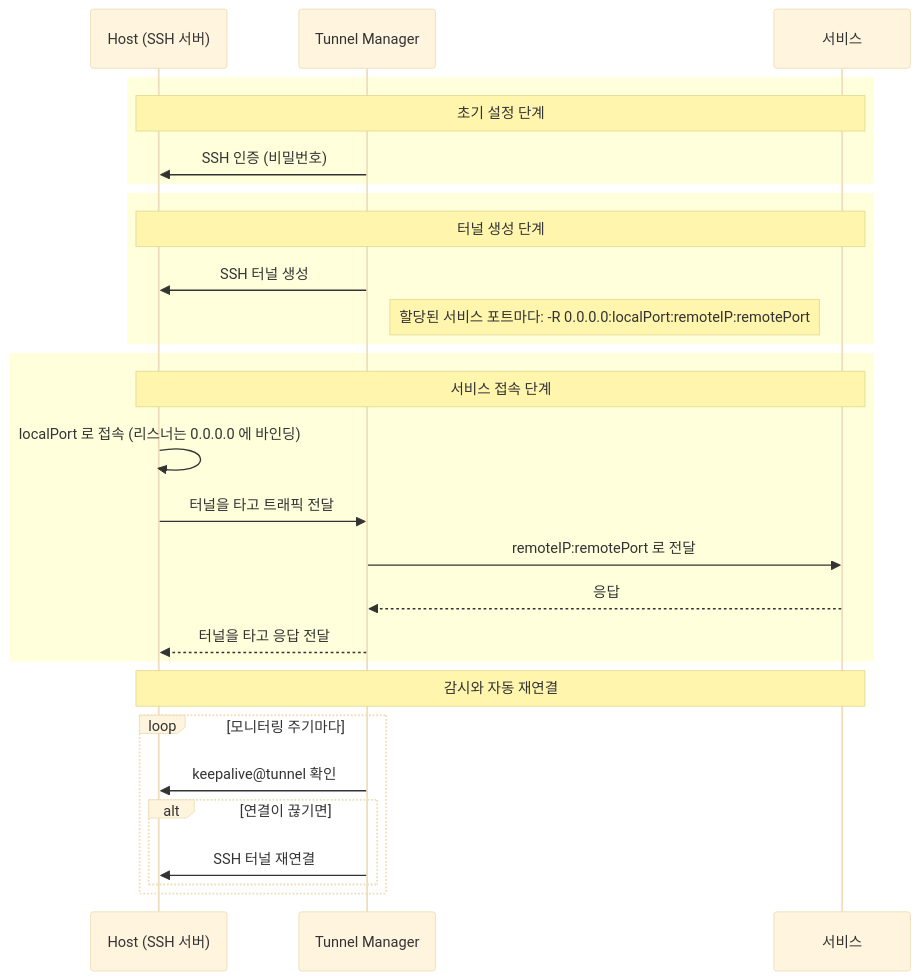
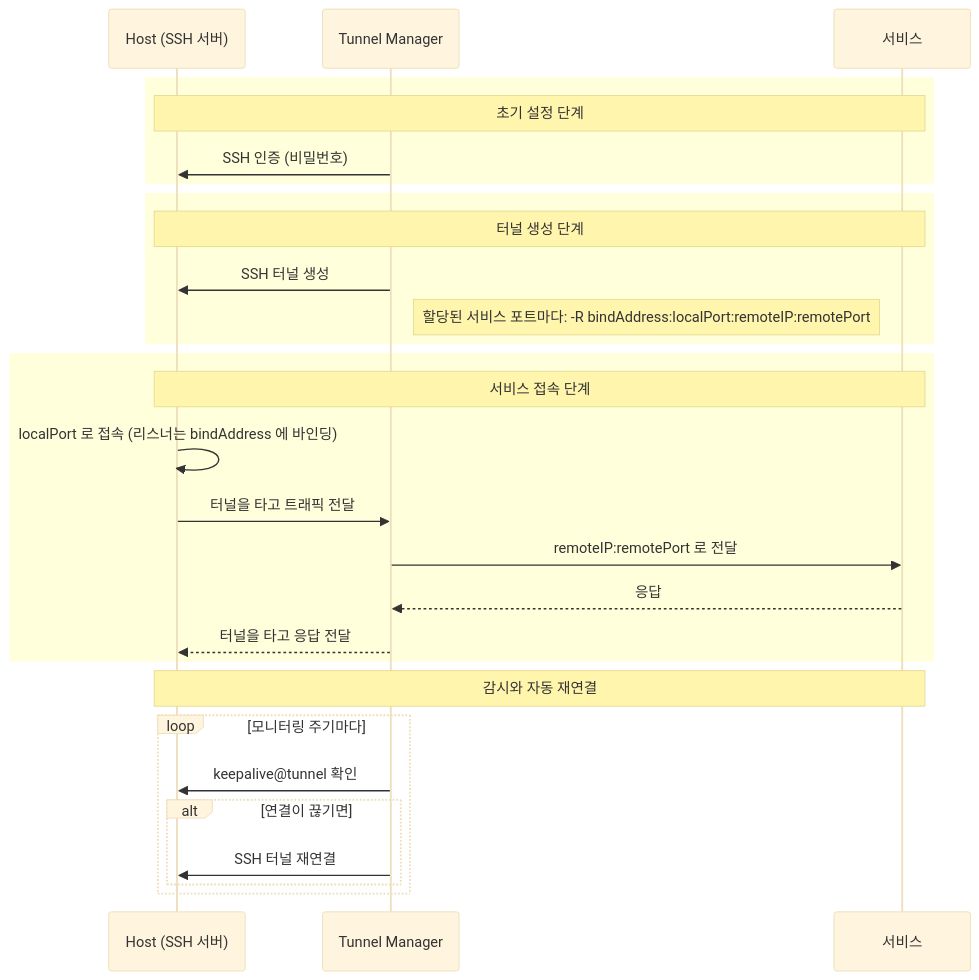
One commit to jollaman999/tunnel-manager changed the diagram in docs/reference.ko.md. Above: the diagram before and after it, drawn with Mermaid (base theme). The commit also changed other lines of this file and 26 other files, not shown here.

First line of the commit message:
tunnel: Let a service port say which address the Host opens it on

````diff
--- a/docs/reference.ko.md
+++ b/docs/reference.ko.md
@@ -173,34 +173,34 @@
 ```mermaid
 sequenceDiagram
     participant Host as Host (SSH 서버)
     participant Bastion as Tunnel Manager
     participant WAS as 서비스
 
     rect rgb(255, 255, 220)
         Note over Host,WAS: 초기 설정 단계
         Bastion->>Host: SSH 인증 (비밀번호)
     end
 
     rect rgb(255, 255, 220)
         Note over Host,WAS: 터널 생성 단계
         Bastion->>Host: SSH 터널 생성
-        Note right of Bastion: 할당된 서비스 포트마다: -R 0.0.0.0:localPort:remoteIP:remotePort
+        Note right of Bastion: 할당된 서비스 포트마다: -R bindAddress:localPort:remoteIP:remotePort
     end
 
     rect rgb(255, 255, 220)
         Note over Host,WAS: 서비스 접속 단계
-        Host->>Host: localPort 로 접속 (리스너는 0.0.0.0 에 바인딩)
+        Host->>Host: localPort 로 접속 (리스너는 bindAddress 에 바인딩)
         Host->>Bastion: 터널을 타고 트래픽 전달
         Bastion->>WAS: remoteIP:remotePort 로 전달
         WAS-->>Bastion: 응답
         Bastion-->>Host: 터널을 타고 응답 전달
     end
 
     Note over Host,WAS: 감시와 자동 재연결
     loop 모니터링 주기마다
         Bastion->>Host: keepalive@tunnel 확인
         alt 연결이 끊기면
             Bastion->>Host: SSH 터널 재연결
         end
     end
 ```
````
